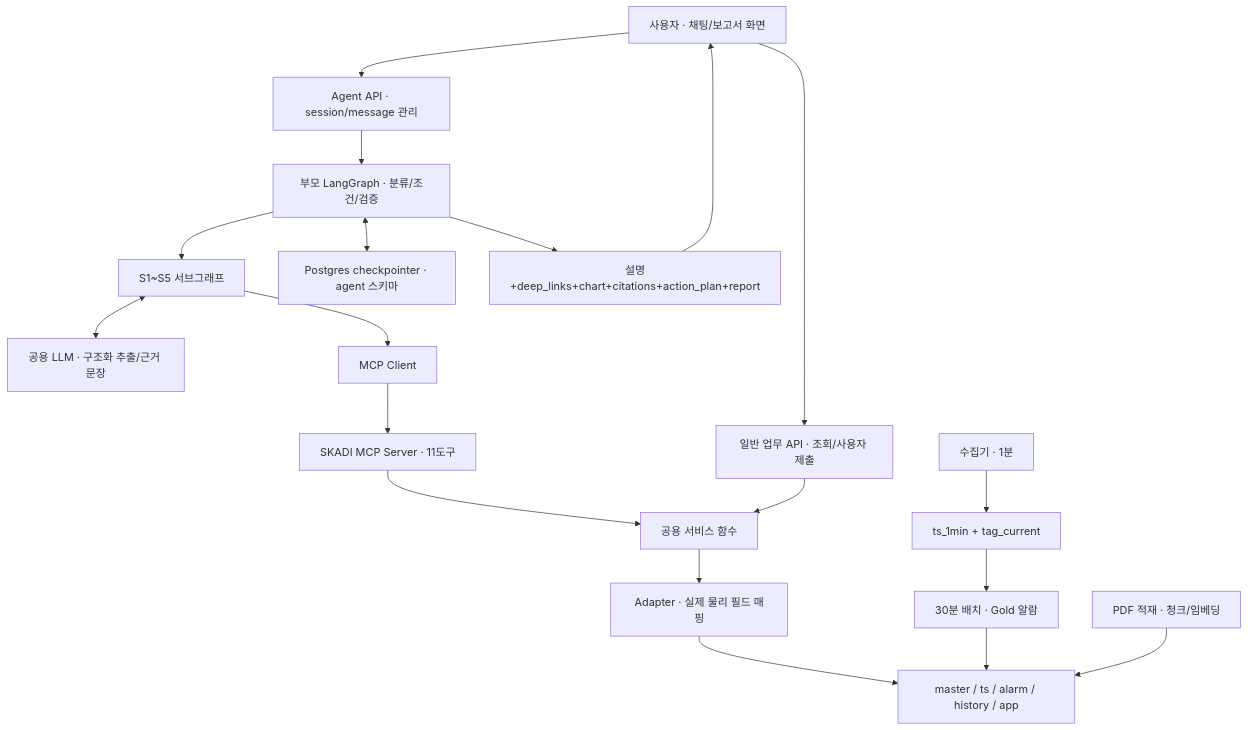
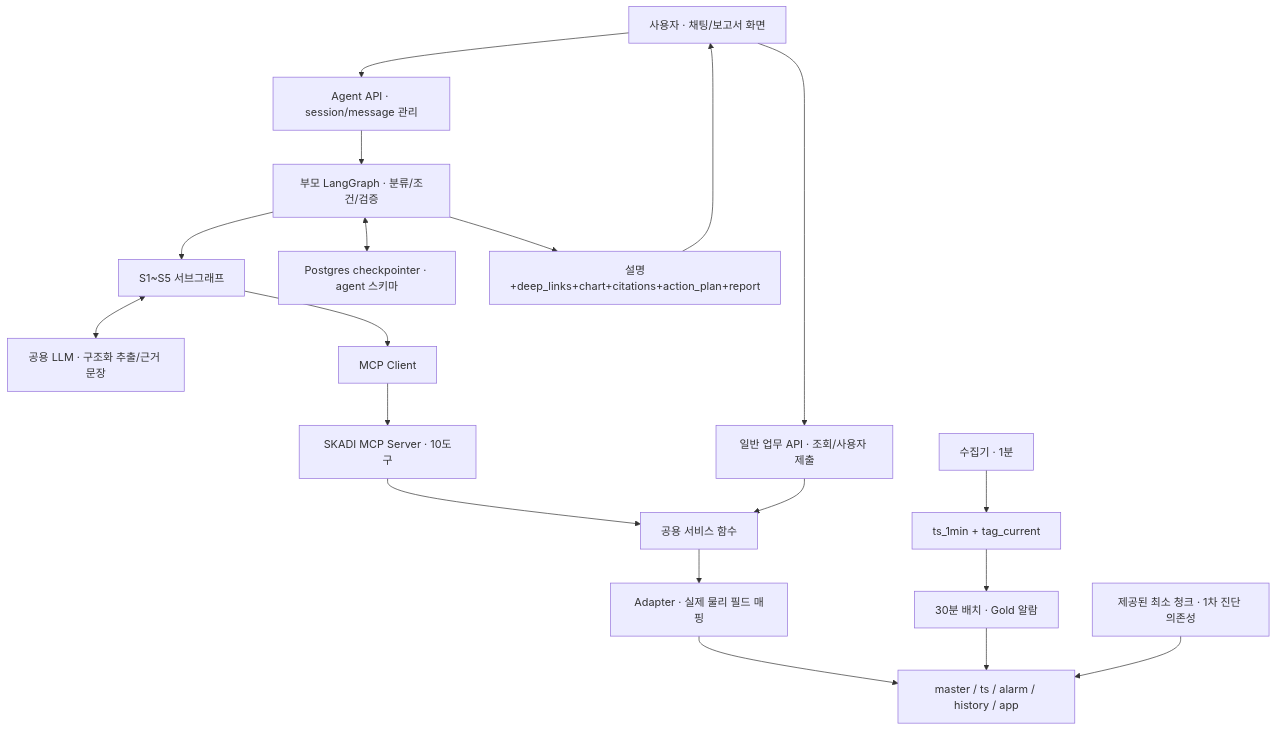
Before and after one commit to U-Je0n9/skadi-flow-lab: the first of 7 diagrams in design-v2.1.md, drawn with Mermaid. The commit also changed other lines of this file and 13 other files, not shown here.

````diff
--- a/design-v2.1.md
+++ b/design-v2.1.md
@@ -33,17 +49,17 @@
 ```mermaid
 flowchart TB
  U["사용자 · 채팅/보고서 화면"] --> API["Agent API · session/message 관리"]
  API --> G["부모 LangGraph · 분류/조건/검증"]
  G --> SUB["S1~S5 서브그래프"]
  G <--> CP["Postgres checkpointer · agent 스키마"]
  SUB <--> L["공용 LLM · 구조화 추출/근거 문장"]
- SUB --> MC["MCP Client"] --> MS["SKADI MCP Server · 11도구"]
+ SUB --> MC["MCP Client"] --> MS["SKADI MCP Server · 10도구"]
  MS --> SV["공용 서비스 함수"] --> AD["Adapter · 실제 물리 필드 매핑"]
  AD --> DB["master / ts / alarm / history / app"]
  U --> WEB["일반 업무 API · 조회/사용자 제출"] --> SV
  ING["수집기 · 1분"] --> MIN["ts_1min + tag_current"]
  MIN --> BATCH["30분 배치 · Gold 알람"] --> DB
- PDF["PDF 적재 · 청크/임베딩"] --> DB
+ PDF["제공된 최소 청크 · 1차 진단 의존성"] --> DB
  G --> OUT["설명+deep_links+chart+citations+action_plan+report"] --> U
 
 ```
````
